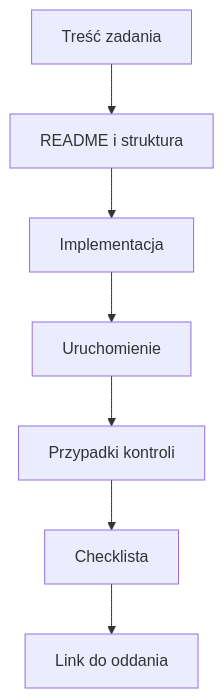
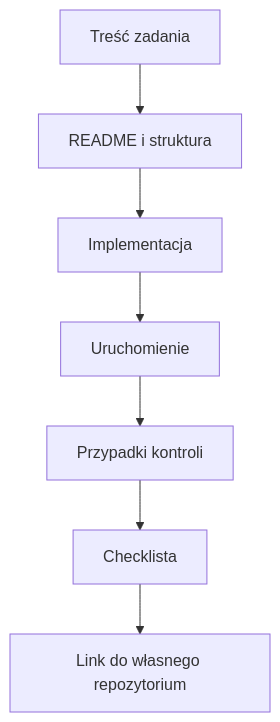
Before and after one commit to tborzyszkowski/warsztat-programisty-pjatk: the diagram in src/01-organizacja/02-struktura-materialow-i-oddawanie/README.md, drawn with Mermaid. The commit also changed other lines of this file and 3 other files, not shown here.

Commit message:
Update README and diagrams to clarify repository structure and submission guidelines

````diff
--- a/src/01-organizacja/02-struktura-materialow-i-oddawanie/README.md
+++ b/src/01-organizacja/02-struktura-materialow-i-oddawanie/README.md
@@ -158,9 +173,9 @@
 ```mermaid
 flowchart TD
     A[Treść zadania] --> B[README i struktura]
     B --> C[Implementacja]
     C --> D[Uruchomienie]
     D --> E[Przypadki kontroli]
     E --> F[Checklista]
-    F --> G[Link do oddania]
+    F --> G[Link do własnego repozytorium]
 ```
````
